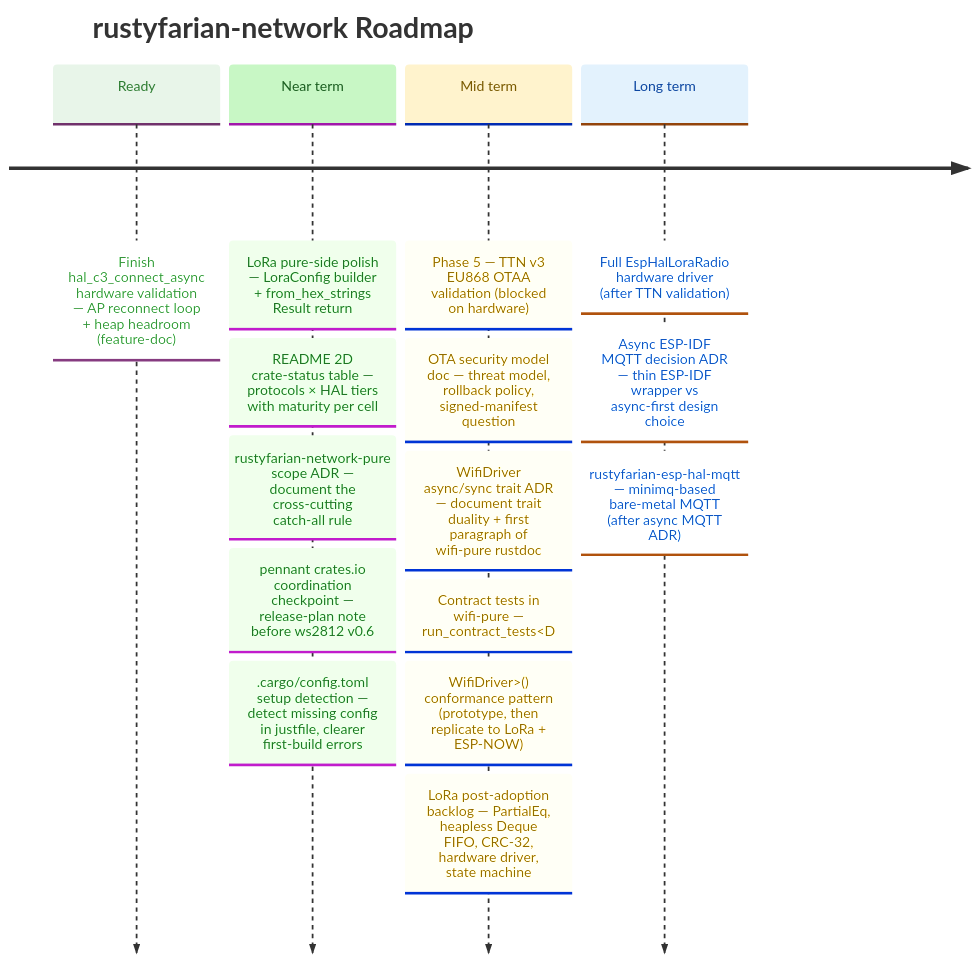
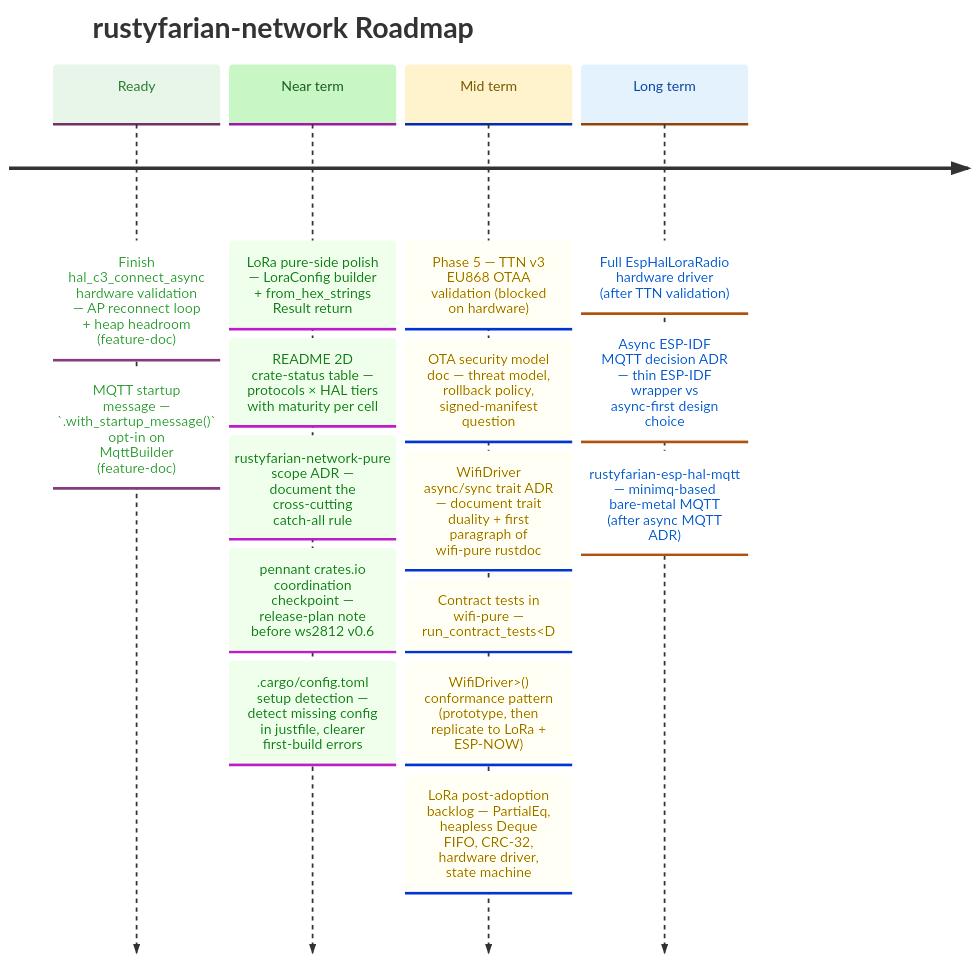
Before and after one commit to datenkollektiv/rustyfarian-network: the diagram in docs/ROADMAP.md, drawn with Mermaid. The commit also changed 7 other files, not shown here.

````diff
--- a/docs/ROADMAP.md
+++ b/docs/ROADMAP.md
@@ -10,36 +10,37 @@
 ```mermaid
 %%{init: {
   "theme": "base",
   "themeVariables": {
     "cScale0": "#e8f5e9",
     "cScaleLabel0": "#2e7d32",
     "cScale1": "#c8f7c5",
     "cScaleLabel1": "#1b5e20",
     "cScale2": "#fff3cd",
     "cScaleLabel2": "#7a5a00",
     "cScale3": "#e3f2fd",
     "cScaleLabel3": "#0d47a1"
   }
 }}%%
 
 timeline
     title rustyfarian-network Roadmap
 
     Ready     : Finish hal_c3_connect_async hardware validation — AP reconnect loop + heap headroom (feature-doc)
+              : MQTT startup message — `.with_startup_message()` opt-in on MqttBuilder (feature-doc)
 
     Near term : LoRa pure-side polish — LoraConfig builder + from_hex_strings Result return
               : README 2D crate-status table — protocols × HAL tiers with maturity per cell
               : rustyfarian-network-pure scope ADR — document the cross-cutting catch-all rule
               : pennant crates.io coordination checkpoint — release-plan note before ws2812 v0.6
               : .cargo/config.toml setup detection — detect missing config in justfile, clearer first-build errors
 
     Mid term  : Phase 5 — TTN v3 EU868 OTAA validation (blocked on hardware)
               : OTA security model doc — threat model, rollback policy, signed-manifest question
               : WifiDriver async/sync trait ADR — document trait duality + first paragraph of wifi-pure rustdoc
               : Contract tests in wifi-pure — run_contract_tests<D: WifiDriver>() conformance pattern (prototype, then replicate to LoRa + ESP-NOW)
               : LoRa post-adoption backlog — PartialEq, heapless Deque FIFO, CRC-32, hardware driver, state machine
 
     Long term : Full EspHalLoraRadio hardware driver (after TTN validation)
               : Async ESP-IDF MQTT decision ADR — thin ESP-IDF wrapper vs async-first design choice
               : rustyfarian-esp-hal-mqtt — minimq-based bare-metal MQTT (after async MQTT ADR)
 ```
````
